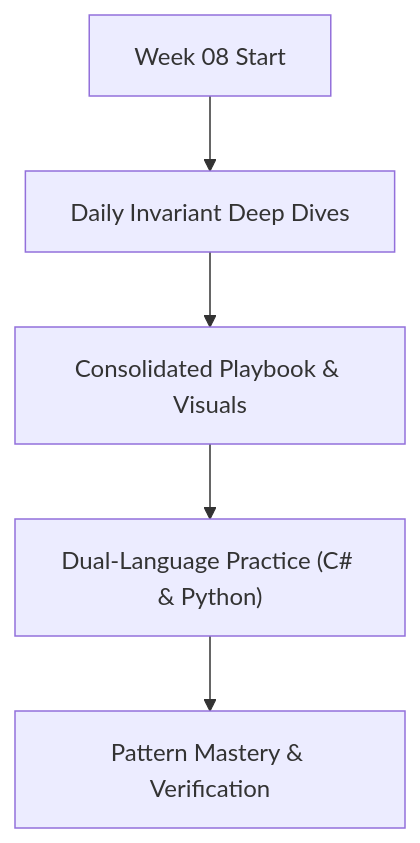
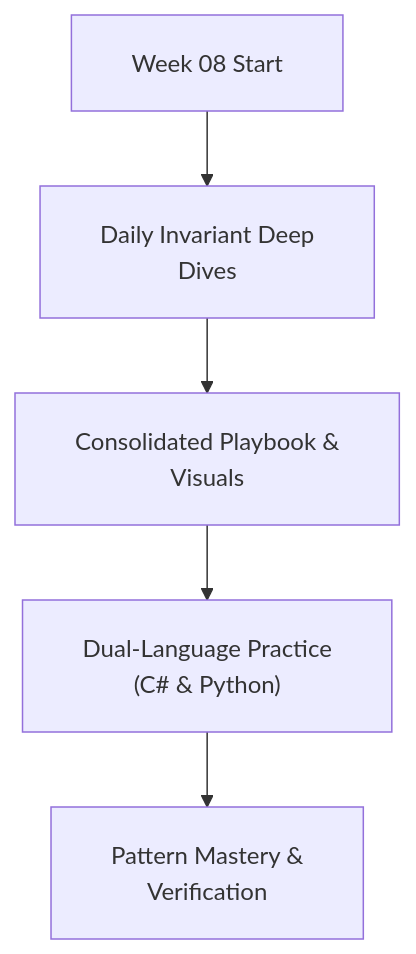
Before and after one commit to dip4k/DSA_102: the diagram in week_08_graph_fundamentals/README.md, drawn with Mermaid. The commit also changed 108 other files, not shown here.

First line of the commit message:
fix(mermaid): resolve diagram clipping, padding, and syntax issues across repo

````diff
--- a/week_08_graph_fundamentals/README.md
+++ b/week_08_graph_fundamentals/README.md
@@ -16,7 +16,8 @@
 ```mermaid
+%%{init: {"flowchart": {"htmlLabels": true, "padding": 20}}}%%
 flowchart TD
-    Start["Week 08 Start"] --> Daily["Daily Invariant Deep Dives"]
-    Daily --> Playbook["Consolidated Playbook & Visuals"]
-    Playbook --> DualLang["Dual-Language Practice (C# & Python)"]
-    DualLang --> Mastery["Pattern Mastery & Verification"]
+    Start["Week 08 Start"] --> Daily["Daily Invariant Deep<br/>Dives"]
+    Daily --> Playbook["Consolidated Playbook &<br/>Visuals"]
+    Playbook --> DualLang["Dual-Language Practice<br/>(C# & Python)"]
+    DualLang --> Mastery["Pattern Mastery &<br/>Verification"]
 ```
````
